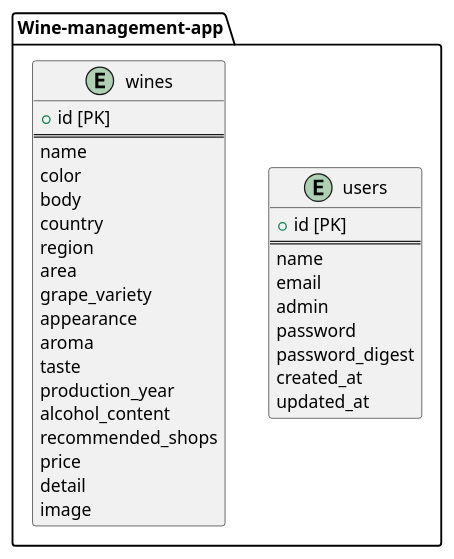
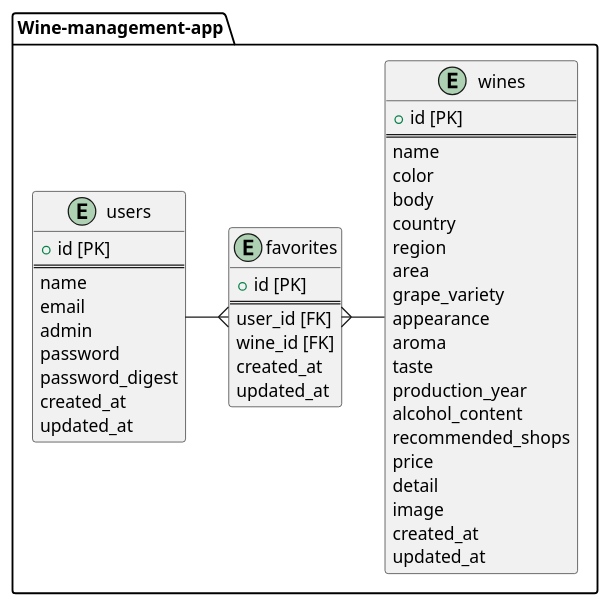
One commit to geshi-geshi/Wine-management-app changed the diagram in app-er.pu. Above: the diagram before and after it, drawn with PlantUML. The commit also changed 2 other files, not shown here.

Commit message:
ER図修正

```diff
--- a/app-er.pu
+++ b/app-er.pu
@@ -1,39 +1,53 @@
 @startuml 
 
 package "Wine-management-app" {
     entity "users" {
       + id [PK]
       ==
       name
       email
       admin
       password
       password_digest
       created_at
       updated_at
     }
 
 
     entity "wines" {
       + id [PK]
       ==
       name
       color
       body
       country
       region
       area
       grape_variety
       appearance
       aroma
       taste
       production_year
       alcohol_content
       recommended_shops
       price
       detail
       image
+      created_at
+      updated_at
+    }
+
+    entity "favorites" {
+      + id [PK]
+      ==
+      user_id [FK]
+      wine_id [FK]
+      created_at
+      updated_at
     }
 }
 
+users -ri-{ favorites
+wines -le-{ favorites
+
 @enduml
```
